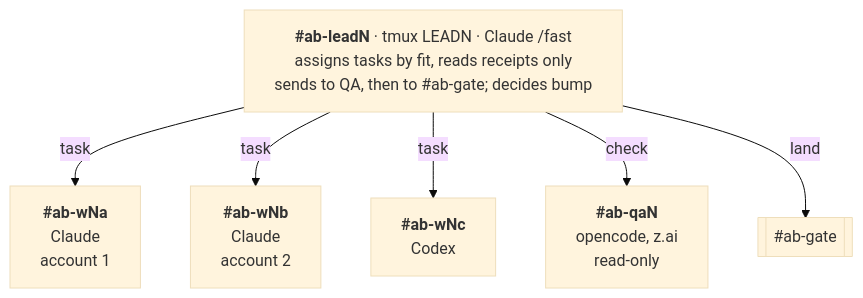
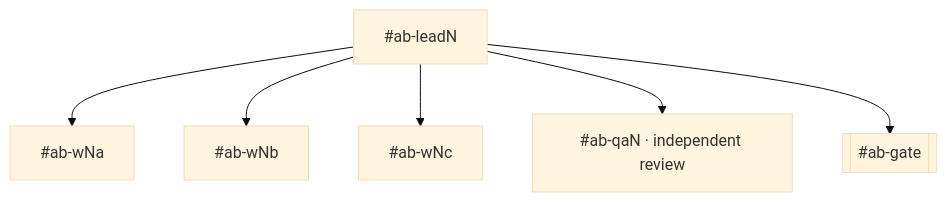
Before and after one commit to parf/ai-agent-bus: the second of 3 diagrams in Plans/Team.v2/README.md, drawn with Mermaid (base theme). The commit also changed other lines of this file and 2 other files, not shown here.

````diff
--- a/Plans/Team.v2/README.md
+++ b/Plans/Team.v2/README.md
@@ -56,22 +28,6 @@
 ```mermaid
-%%{init: {"flowchart": {"wrappingWidth": 420}}}%%
 flowchart TD
-  lead["`**#ab-leadN** · tmux LEADN · Claude /fast
-  assigns tasks by fit, reads receipts only
-  sends to QA, then to #ab-gate; decides bump`"]
-  wa["`**#ab-wNa**
-  Claude
-  account 1`"]
-  wb["`**#ab-wNb**
-  Claude
-  account 2`"]
-  wc["`**#ab-wNc**
-  Codex`"]
-  qa["`**#ab-qaN**
-  opencode, z.ai
-  read-only`"]
-  gate[["#ab-gate"]]
-  lead -->|task| wa & wb & wc
-  lead -->|check| qa
-  lead -->|land| gate
+  lead["#ab-leadN"] --> wa["#ab-wNa"] & wb["#ab-wNb"] & wc["#ab-wNc"]
+  lead --> qa["#ab-qaN · independent review"]
+  lead --> gate[["#ab-gate"]]
 ```
````
